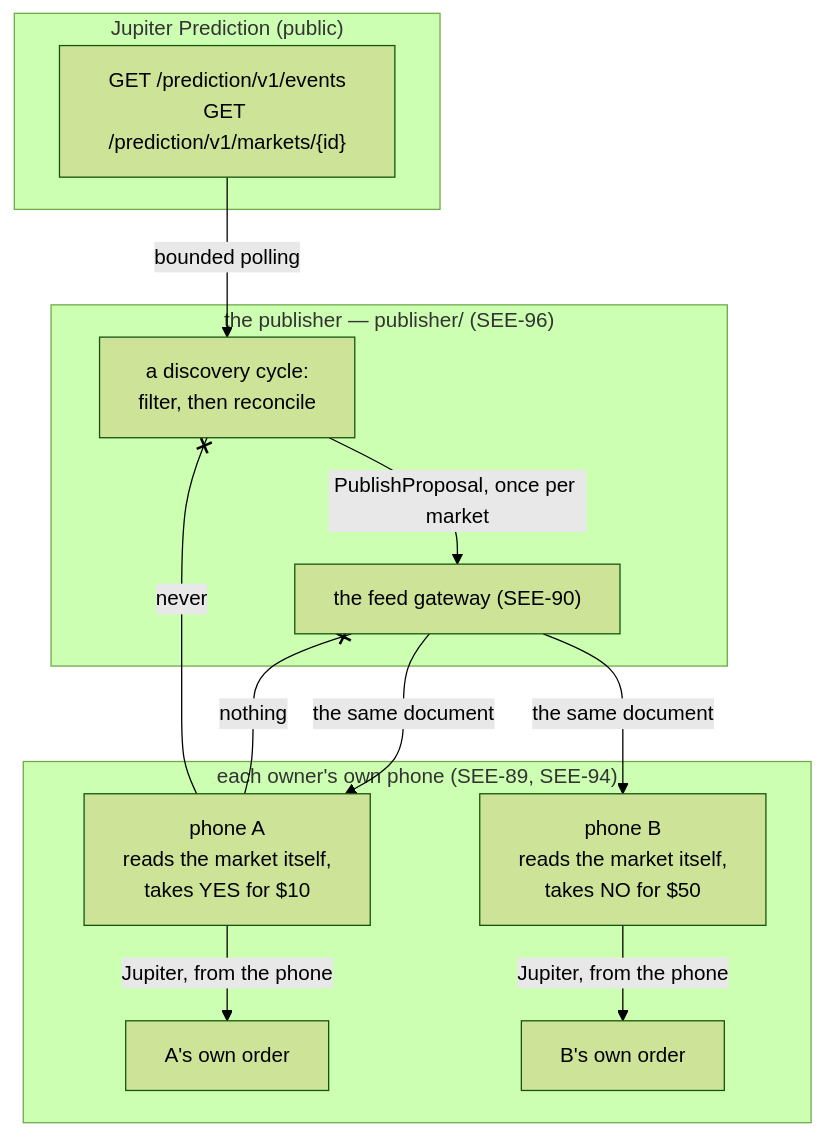
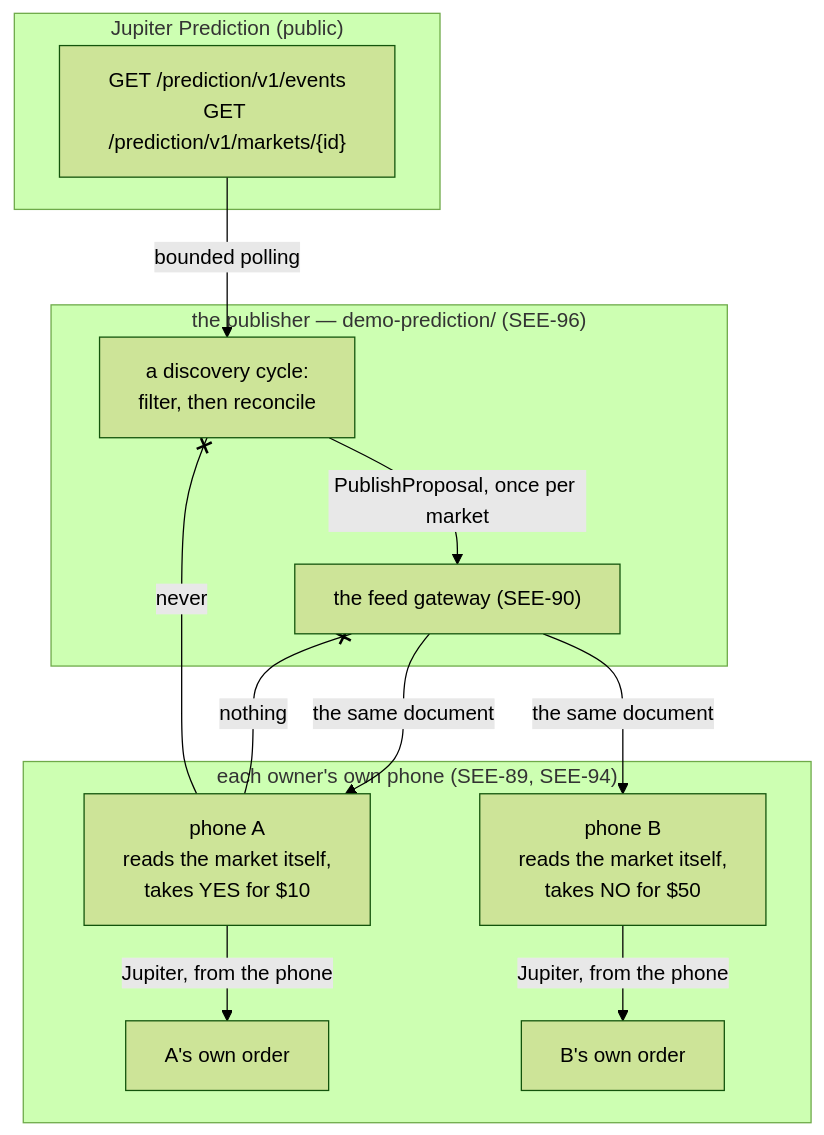
Before and after one commit to SeekerAgentConnect/sac: the diagram in docs/wiki/prediction-template.md, drawn with Mermaid (forest theme). The commit also changed other lines of this file and 80 other files, not shown here.

First line of the commit message:
feat: extract independent CopyTrading and Prediction demo servers

````diff
--- a/docs/wiki/prediction-template.md
+++ b/docs/wiki/prediction-template.md
@@ -34,19 +37,19 @@
 ```mermaid
 flowchart TB
     subgraph provider["Jupiter Prediction (public)"]
         Listing["GET /prediction/v1/events<br>GET /prediction/v1/markets/{id}"]
     end
-    subgraph publisher["the publisher — publisher/ (SEE-96)"]
+    subgraph publisher["the publisher — demo-prediction/ (SEE-96)"]
         Listing -- "bounded polling" --> Cycle["a discovery cycle:<br>filter, then reconcile"]
         Cycle -- "PublishProposal, once per market" --> Gateway
     end
     Gateway["the feed gateway (SEE-90)"]
     subgraph phones["each owner's own phone (SEE-89, SEE-94)"]
         Gateway -- "the same document" --> A["phone A<br>reads the market itself,<br>takes YES for $10"]
         Gateway -- "the same document" --> B["phone B<br>reads the market itself,<br>takes NO for $50"]
         A -- "Jupiter, from the phone" --> OrderA["A's own order"]
         B -- "Jupiter, from the phone" --> OrderB["B's own order"]
     end
     A -- "nothing" --x Gateway
     A -- "never" --x Cycle
 ```
````
